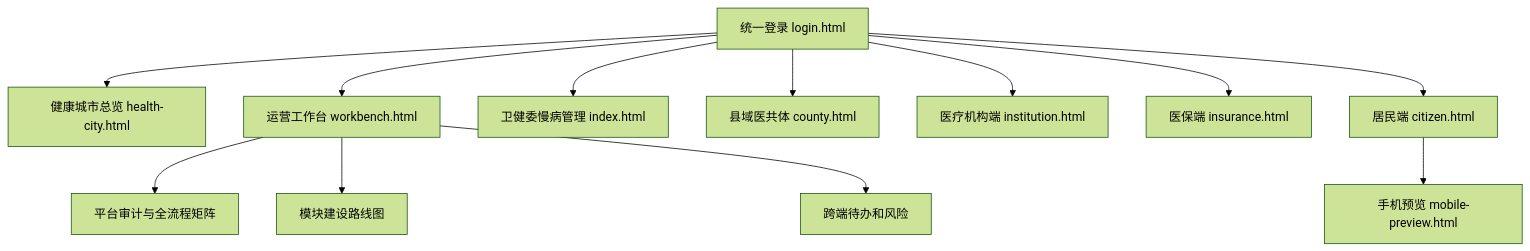
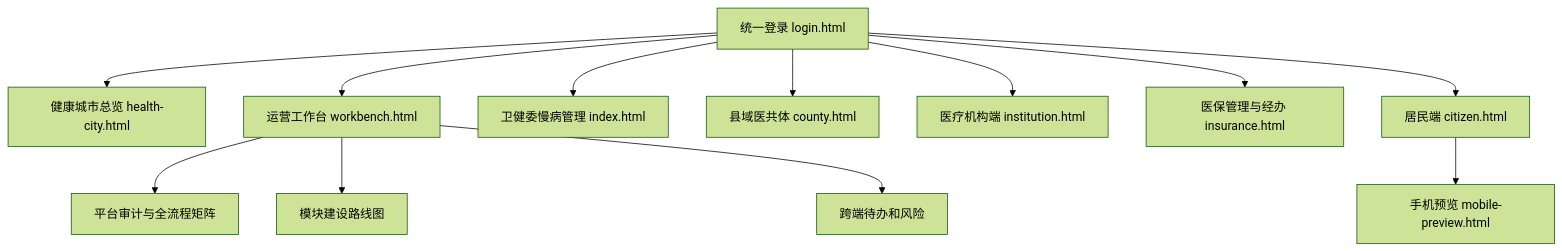
Before and after one commit to xujiann/chronic-care-platform: the first of 3 diagrams in docs/system-flow.md, drawn with Mermaid (forest theme). The commit also changed 16 other files, not shown here.

````diff
--- a/docs/system-flow.md
+++ b/docs/system-flow.md
@@ -9,15 +9,15 @@
 ```mermaid
 flowchart TB
   Login["统一登录 login.html"] --> City["健康城市总览 health-city.html"]
   Login --> Workbench["运营工作台 workbench.html"]
   Login --> Chronic["卫健委慢病管理 index.html"]
   Login --> County["县域医共体 county.html"]
   Login --> Institution["医疗机构端 institution.html"]
-  Login --> Insurance["医保端 insurance.html"]
+  Login --> Insurance["医保管理与经办 insurance.html"]
   Login --> Citizen["居民端 citizen.html"]
   Citizen --> Mobile["手机预览 mobile-preview.html"]
 
   Workbench --> Audit["平台审计与全流程矩阵"]
   Workbench --> Roadmap["模块建设路线图"]
   Workbench --> Tasks["跨端待办和风险"]
 ```
````
